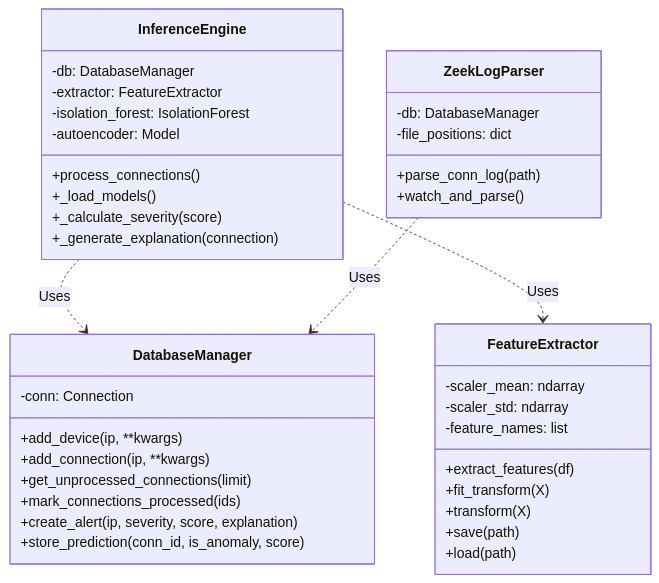
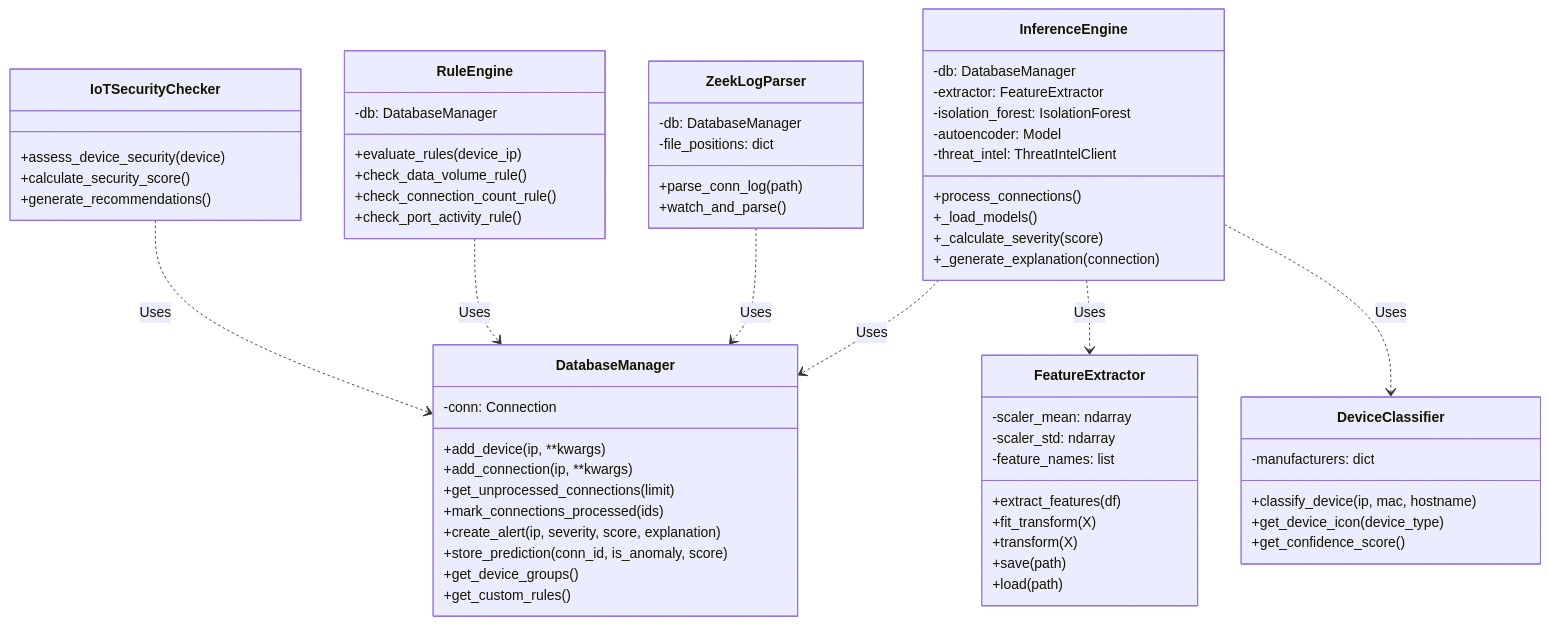
The fourth of 4 diagrams in docs/academic/C4_ARCHITECTURE.md (ritiksah141/iotsentinel), drawn with Mermaid before and after one commit. The commit also changed other lines of this file and 30 other files, not shown here.

````diff
--- a/docs/academic/C4_ARCHITECTURE.md
+++ b/docs/academic/C4_ARCHITECTURE.md
@@ -187,45 +260,72 @@
 ```mermaid
 classDiagram
     class InferenceEngine {
         -db: DatabaseManager
         -extractor: FeatureExtractor
         -isolation_forest: IsolationForest
         -autoencoder: Model
+        -threat_intel: ThreatIntelClient
         +process_connections()
         +_load_models()
         +_calculate_severity(score)
         +_generate_explanation(connection)
     }
 
     class FeatureExtractor {
         -scaler_mean: ndarray
         -scaler_std: ndarray
         -feature_names: list
         +extract_features(df)
         +fit_transform(X)
         +transform(X)
         +save(path)
         +load(path)
     }
 
     class DatabaseManager {
         -conn: Connection
         +add_device(ip, **kwargs)
         +add_connection(ip, **kwargs)
         +get_unprocessed_connections(limit)
         +mark_connections_processed(ids)
         +create_alert(ip, severity, score, explanation)
         +store_prediction(conn_id, is_anomaly, score)
+        +get_device_groups()
+        +get_custom_rules()
     }
 
     class ZeekLogParser {
         -db: DatabaseManager
         -file_positions: dict
         +parse_conn_log(path)
         +watch_and_parse()
     }
 
+    class DeviceClassifier {
+        -manufacturers: dict
+        +classify_device(ip, mac, hostname)
+        +get_device_icon(device_type)
+        +get_confidence_score()
+    }
+
+    class RuleEngine {
+        -db: DatabaseManager
+        +evaluate_rules(device_ip)
+        +check_data_volume_rule()
+        +check_connection_count_rule()
+        +check_port_activity_rule()
+    }
+
+    class IoTSecurityChecker {
+        +assess_device_security(device)
+        +calculate_security_score()
+        +generate_recommendations()
+    }
+
     InferenceEngine ..> DatabaseManager : Uses
     InferenceEngine ..> FeatureExtractor : Uses
+    InferenceEngine ..> DeviceClassifier : Uses
     ZeekLogParser ..> DatabaseManager : Uses
+    RuleEngine ..> DatabaseManager : Uses
+    IoTSecurityChecker ..> DatabaseManager : Uses
 ```
````
